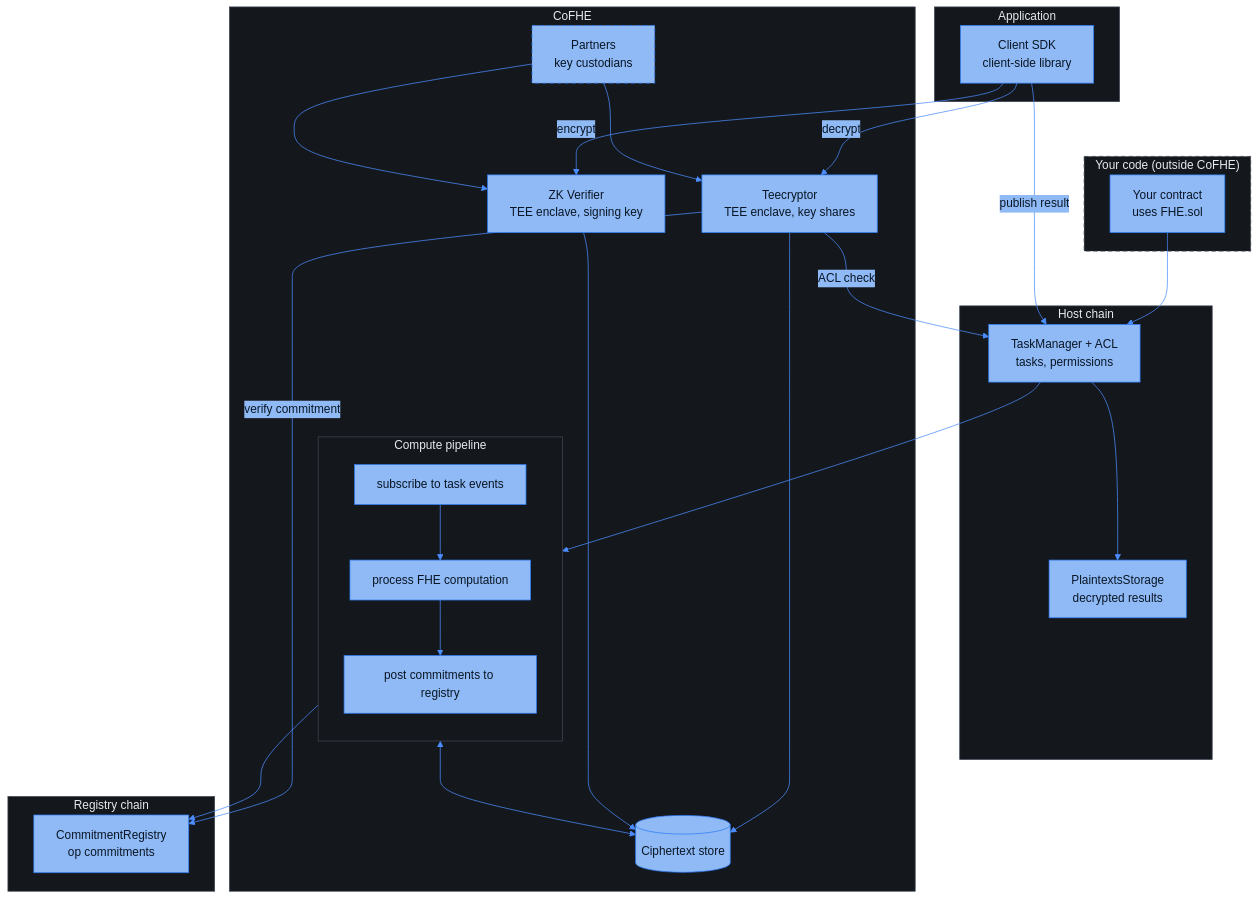
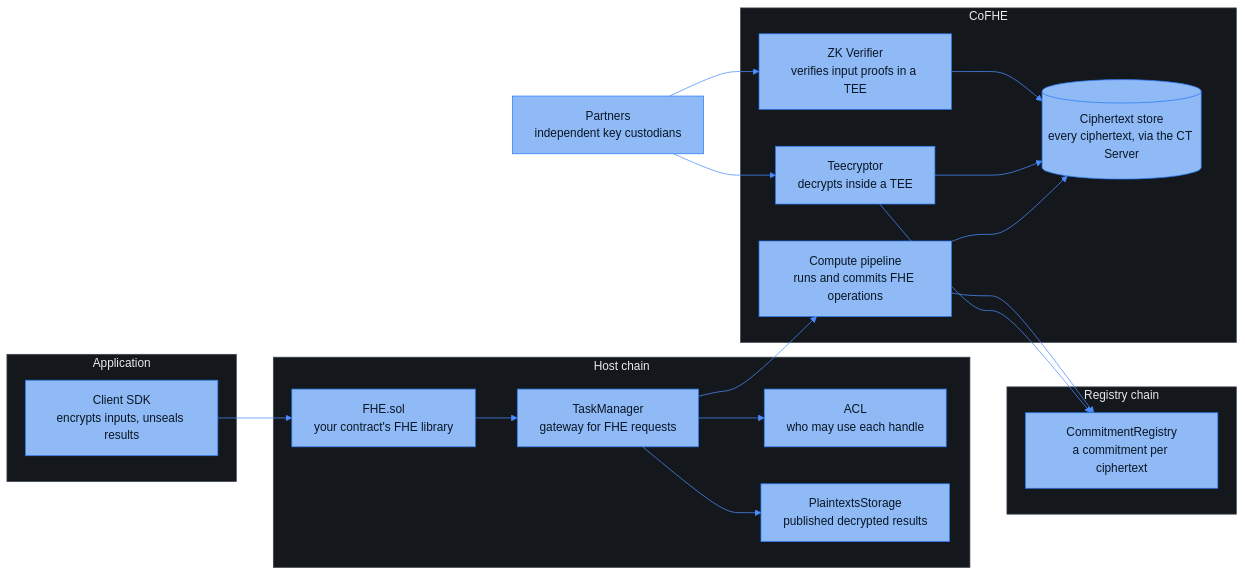
One commit to FhenixProtocol/fhenix-developer-docs changed the diagram in deep-dive/cofhe-components/overview.mmd. Above: the diagram before and after it, drawn with Mermaid. The commit also changed 2 other files, not shown here.

Commit message:
[DOCS] overview: one packed grid, aligned frames, pipeline as one component

```diff
--- a/deep-dive/cofhe-components/overview.mmd
+++ b/deep-dive/cofhe-components/overview.mmd
@@ -1,47 +1,38 @@
 %%{init: {"theme": "base", "themeVariables": {"fontFamily": "Menlo, Monaco, Consolas, monospace", "fontSize": "16px", "primaryColor": "#8FBAF5", "primaryBorderColor": "#2E7CF6", "primaryTextColor": "#0A1626", "lineColor": "#4C8DFF", "signalColor": "#4C8DFF", "signalTextColor": "#8FA3BF", "actorBkg": "#8FBAF5", "actorBorder": "#2E7CF6", "actorTextColor": "#0A1626", "actorLineColor": "#3D4654", "noteBkgColor": "#14171C", "noteBorderColor": "#3D4654", "noteTextColor": "#AFC3DE", "activationBkgColor": "#1E3A5F", "activationBorderColor": "#4C8DFF", "clusterBkg": "#14171C", "clusterBorder": "#3D4654", "titleColor": "#E7EAEE", "edgeLabelBackground": "#8FBAF5", "textColor": "#AFC3DE", "labelTextColor": "#E7EAEE", "tertiaryColor": "#14171C", "loopTextColor": "#AFC3DE", "labelBoxBkgColor": "#1E3A5F", "labelBoxBorderColor": "#4C8DFF"}, "sequence": {"actorFontFamily": "Menlo, Monaco, Consolas, monospace", "messageFontFamily": "Menlo, Monaco, Consolas, monospace", "noteFontFamily": "Menlo, Monaco, Consolas, monospace", "width": 220, "actorFontSize": 16, "messageFontSize": 16, "noteFontSize": 15}}}%%
-flowchart TB
-    subgraph Yours["Your code (outside CoFHE)"]
-        FHEC["Your contract<br/>uses FHE.sol"]
-    end
-
+flowchart LR
     subgraph App["Application"]
-        SDK["Client SDK<br/>client-side library"]
+        SDK["Client SDK<br/>encrypts inputs, unseals results"]
     end
 
     subgraph Host["Host chain"]
-        TM["TaskManager + ACL<br/>tasks, permissions"]
-        PS["PlaintextsStorage<br/>decrypted results"]
+        FS["FHE.sol<br/>your contract's FHE library"]
+        TM["TaskManager<br/>gateway for FHE requests"]
+        ACL["ACL<br/>who may use each handle"]
+        PS["PlaintextsStorage<br/>published decrypted results"]
     end
 
+    PRT["Partners<br/>independent key custodians"]
+
     subgraph CoFHE["CoFHE"]
-        TEE["Teecryptor<br/>TEE enclave, key shares"]
-        ZK["ZK Verifier<br/>TEE enclave, signing key"]
-        PRT["Partners<br/>key custodians"]
-        CTS[("Ciphertext store")]
-        subgraph ENG["Compute pipeline"]
-            direction TB
-            L["subscribe to task events"] --> X["process FHE computation"] --> P["post commitments to registry"]
-        end
+        ZK["ZK Verifier<br/>verifies input proofs in a TEE"]
+        TEE["Teecryptor<br/>decrypts inside a TEE"]
+        CTS[("Ciphertext store<br/>every ciphertext, via the CT Server")]
+        ENG["Compute pipeline<br/>runs and commits FHE operations"]
     end
 
     subgraph Registry["Registry chain"]
-        CR["CommitmentRegistry<br/>op commitments"]
+        CR["CommitmentRegistry<br/>a commitment per ciphertext"]
     end
 
-    FHEC --> TM
-    SDK -- "encrypt" --> ZK
-    SDK -- "decrypt" --> TEE
-    SDK -- "publish result" --> TM
+    SDK --> FS
+    FS --> TM
+    TM --> ACL
     TM --> PS
-    TM --> L
-    TEE -- "ACL check" --> TM
+    TM --> ENG
+    PRT --> ZK
+    PRT --> TEE
+    ZK --> CTS
     TEE --> CTS
-    TEE -- "verify commitment" --> CR
-    ZK --> CTS
-    ENG <--> CTS
-    P --> CR
-    PRT --> TEE
-    PRT --> ZK
-
-    style Yours stroke-dasharray: 6 4
-    style PRT stroke-dasharray: 6 4
+    ENG --> CTS
+    ENG --> CR
+    TEE --> CR
```
